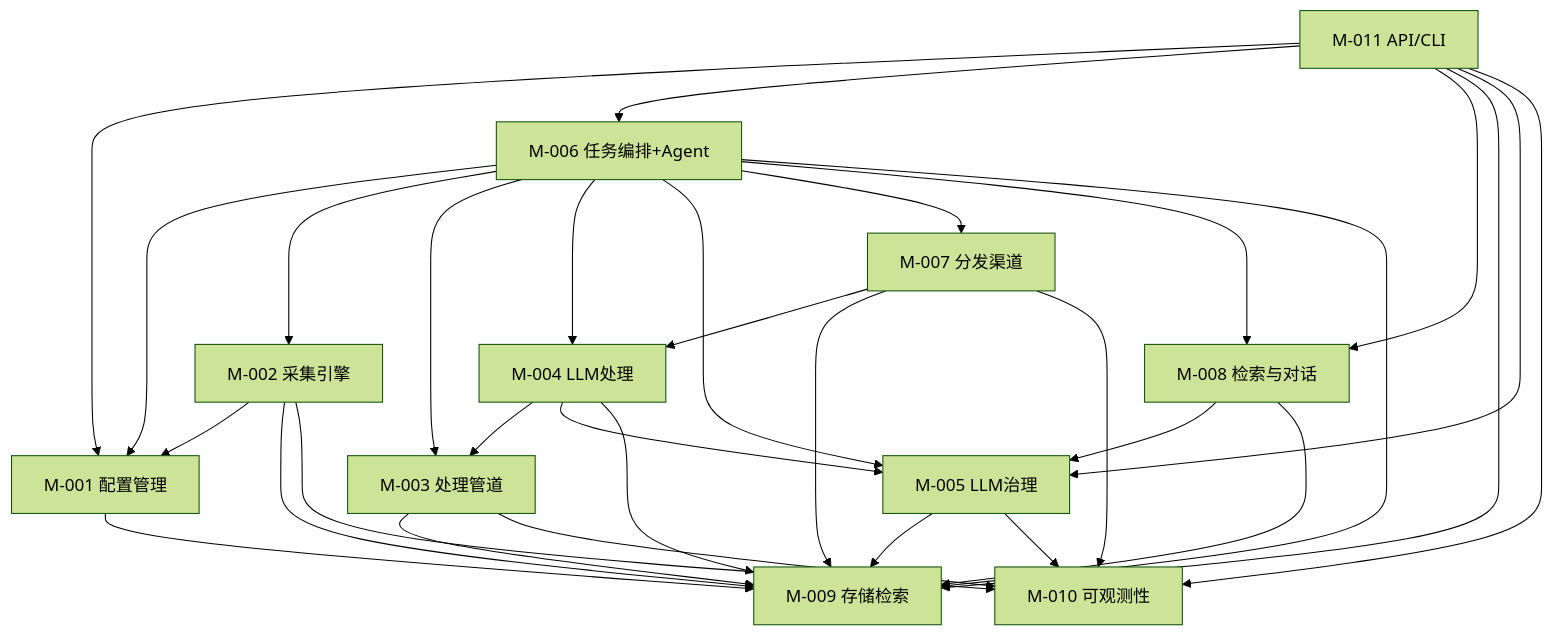
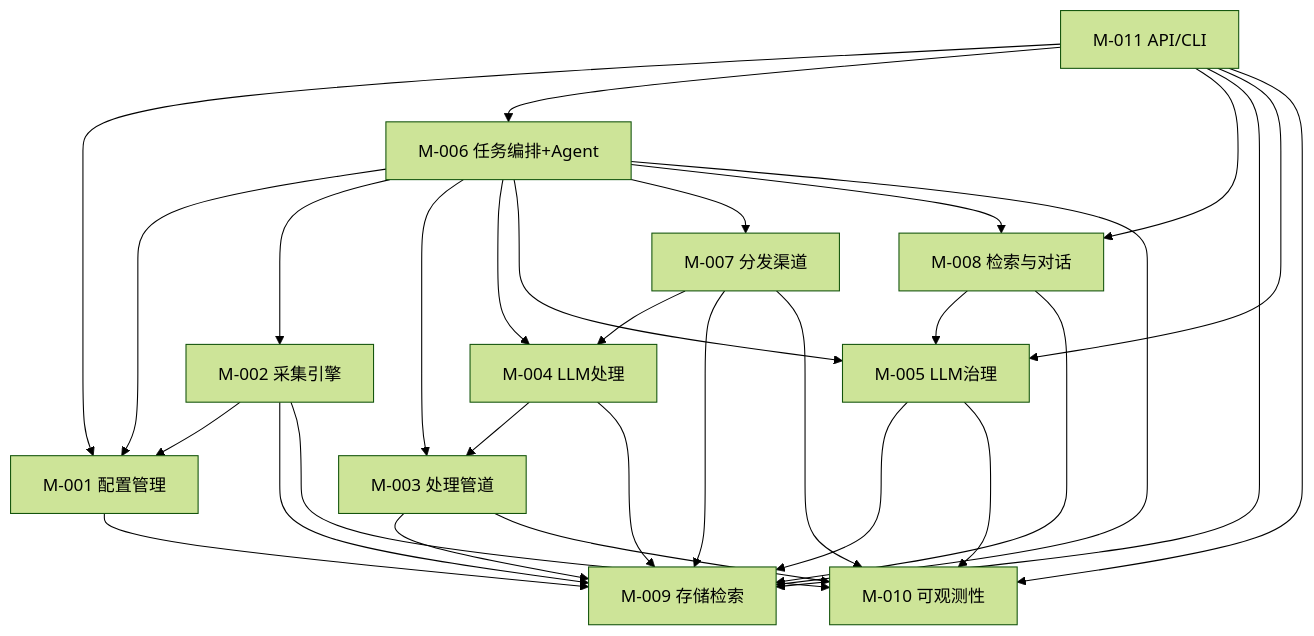
One commit to lync-cyber/intelli-source changed the diagram in docs/arch/arch-intellisource-v1-modules.md. Above: the diagram before and after it, drawn with Mermaid (forest theme). The commit also changed 25 other files, not shown here.

````diff
--- a/docs/arch/arch-intellisource-v1-modules.md
+++ b/docs/arch/arch-intellisource-v1-modules.md
@@ -194,41 +194,40 @@
 ```mermaid
 graph TD
     M011[M-011 API/CLI] --> M001[M-001 配置管理]
     M011 --> M006[M-006 任务编排+Agent]
     M011 --> M008[M-008 检索与对话]
     M011 --> M009[M-009 存储检索]
     M011 --> M005[M-005 LLM治理]
     M011 --> M010[M-010 可观测性]
 
     M006 --> M001
     M006 --> M002[M-002 采集引擎]
     M006 --> M003[M-003 处理管道]
     M006 --> M004[M-004 LLM处理]
     M006 --> M005
     M006 --> M007[M-007 分发渠道]
     M006 --> M008
     M006 --> M009
 
     M002 --> M001
     M002 --> M009
     M002 --> M010
 
     M003 --> M009
     M003 --> M010
 
     M004 --> M003
-    M004 --> M005
     M004 --> M009
 
     M005 --> M009
     M005 --> M010
 
     M007 --> M004
     M007 --> M009
     M007 --> M010
 
     M008 --> M005
     M008 --> M009
 
     M001 --> M009
 ```
````
